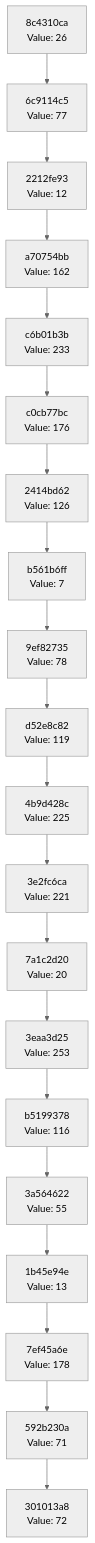
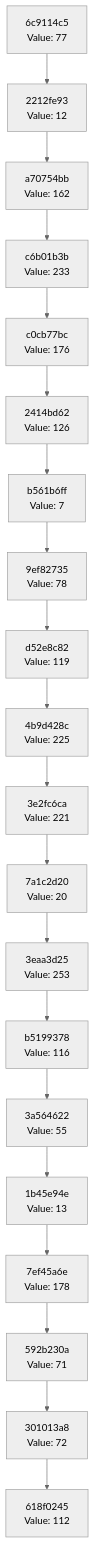
Before and after one commit to Abhisheksinha1506/hash-chain-evolver: the diagram in docs/CHAIN_VISUALIZATION.md, drawn with Mermaid (neutral theme). The commit also changed 3 other files, not shown here.

````diff
--- a/docs/CHAIN_VISUALIZATION.md
+++ b/docs/CHAIN_VISUALIZATION.md
@@ -3,42 +3,42 @@
 ```mermaid
 graph TD
-    C0["301013a8<br/>Value: 72"]
-    C1["592b230a<br/>Value: 71"]
+    C0["618f0245<br/>Value: 112"]
+    C1["301013a8<br/>Value: 72"]
     C1 --> C0
-    C2["7ef45a6e<br/>Value: 178"]
+    C2["592b230a<br/>Value: 71"]
     C2 --> C1
-    C3["1b45e94e<br/>Value: 13"]
+    C3["7ef45a6e<br/>Value: 178"]
     C3 --> C2
-    C4["3a564622<br/>Value: 55"]
+    C4["1b45e94e<br/>Value: 13"]
     C4 --> C3
-    C5["b5199378<br/>Value: 116"]
+    C5["3a564622<br/>Value: 55"]
     C5 --> C4
-    C6["3eaa3d25<br/>Value: 253"]
+    C6["b5199378<br/>Value: 116"]
     C6 --> C5
-    C7["7a1c2d20<br/>Value: 20"]
+    C7["3eaa3d25<br/>Value: 253"]
     C7 --> C6
-    C8["3e2fc6ca<br/>Value: 221"]
+    C8["7a1c2d20<br/>Value: 20"]
     C8 --> C7
-    C9["4b9d428c<br/>Value: 225"]
+    C9["3e2fc6ca<br/>Value: 221"]
     C9 --> C8
-    C10["d52e8c82<br/>Value: 119"]
+    C10["4b9d428c<br/>Value: 225"]
     C10 --> C9
-    C11["9ef82735<br/>Value: 78"]
+    C11["d52e8c82<br/>Value: 119"]
     C11 --> C10
-    C12["b561b6ff<br/>Value: 7"]
+    C12["9ef82735<br/>Value: 78"]
     C12 --> C11
-    C13["2414bd62<br/>Value: 126"]
+    C13["b561b6ff<br/>Value: 7"]
     C13 --> C12
-    C14["c0cb77bc<br/>Value: 176"]
+    C14["2414bd62<br/>Value: 126"]
     C14 --> C13
-    C15["c6b01b3b<br/>Value: 233"]
+    C15["c0cb77bc<br/>Value: 176"]
     C15 --> C14
-    C16["a70754bb<br/>Value: 162"]
+    C16["c6b01b3b<br/>Value: 233"]
     C16 --> C15
-    C17["2212fe93<br/>Value: 12"]
+    C17["a70754bb<br/>Value: 162"]
     C17 --> C16
-    C18["6c9114c5<br/>Value: 77"]
+    C18["2212fe93<br/>Value: 12"]
     C18 --> C17
-    C19["8c4310ca<br/>Value: 26"]
+    C19["6c9114c5<br/>Value: 77"]
     C19 --> C18
 ```
````
